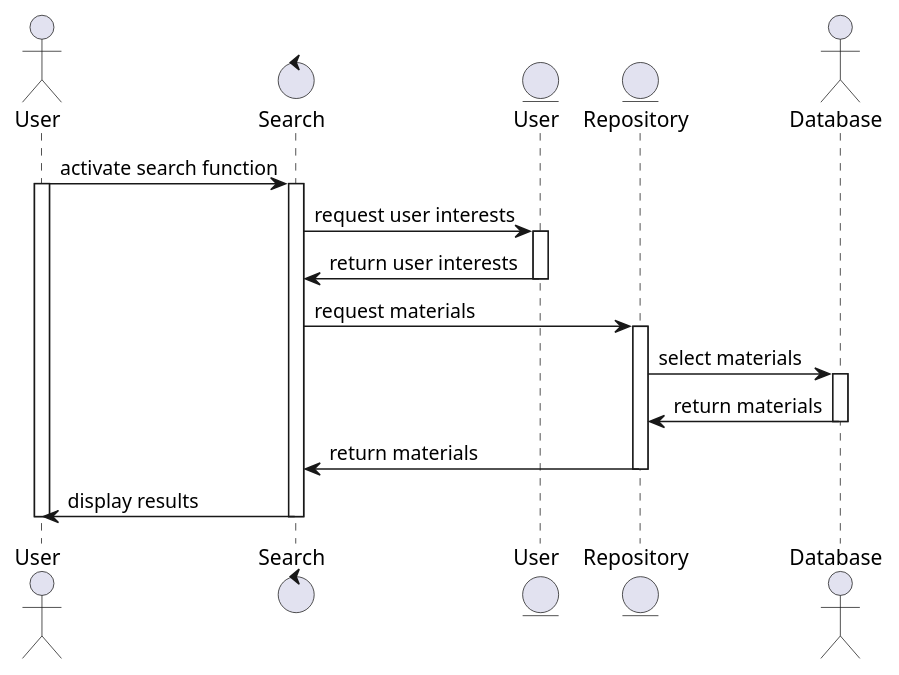
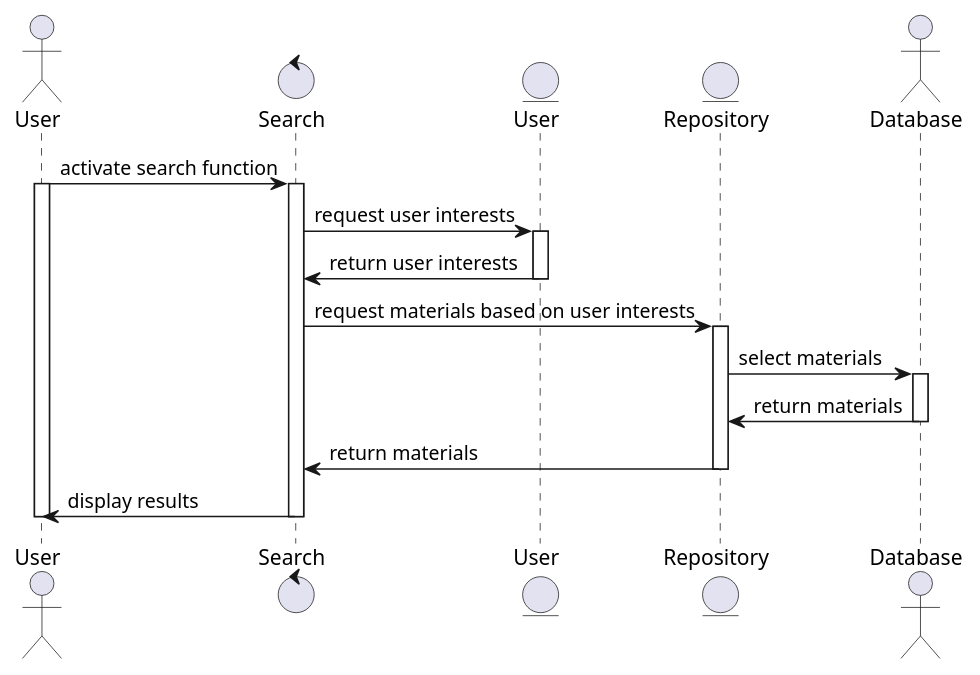
One commit to toffernator/blueberry changed the diagram in docs/uml/search-with-interests-sequence.puml. Above: the diagram before and after it, drawn with PlantUML.

Commit message:
update text on sequence diagram

```diff
--- a/docs/uml/search-with-interests-sequence.puml
+++ b/docs/uml/search-with-interests-sequence.puml
@@ -1,33 +1,33 @@
 @startuml
 
 actor User as user
 control Search as search
 entity User as userInformation
 entity Repository as repository
 actor Database as database
 
 user -> search : activate search function
 activate user
 activate search
 
 search -> userInformation : request user interests
 activate userInformation
 userInformation -> search : return user interests 
 deactivate userInformation
 
-search -> repository : request materials
+search -> repository : request materials based on user interests
 activate repository
 
 repository -> database : select materials
 activate database
 database -> repository : return materials
 deactivate database
 
 repository -> search : return materials
 deactivate repository
 
 search -> user : display results 
 deactivate search
 deactivate user
 
 @enduml
```
